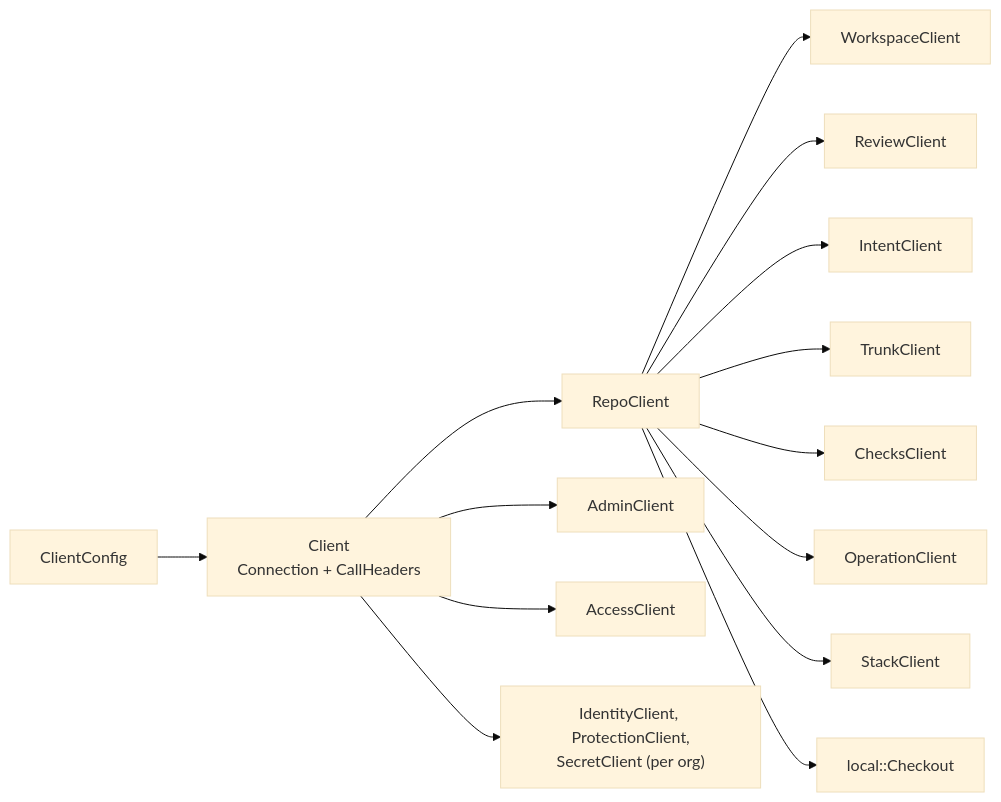
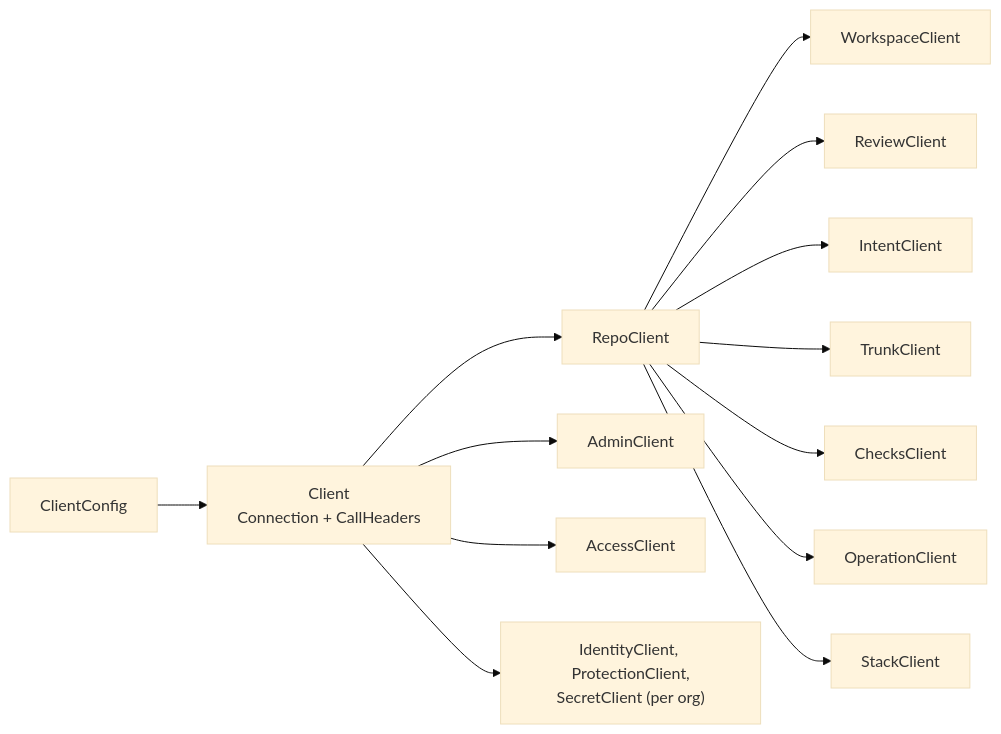
The first of 2 diagrams in architecture/08-clients/sdk.md (envoy1084/rill), drawn with Mermaid (base theme) before and after one commit. The commit also changed other lines of this file and 64 other files, not shown here.

````diff
--- a/architecture/08-clients/sdk.md
+++ b/architecture/08-clients/sdk.md
@@ -10,16 +10,15 @@
 ```mermaid
 flowchart LR
     Cfg[ClientConfig] --> Cl[Client<br/>Connection + CallHeaders]
     Cl --> Repo[RepoClient]
     Cl --> Admin[AdminClient]
     Cl --> Access[AccessClient]
     Cl --> Id["IdentityClient, ProtectionClient,<br/>SecretClient (per org)"]
     Repo --> WS[WorkspaceClient]
     Repo --> Rv[ReviewClient]
     Repo --> In[IntentClient]
     Repo --> La[TrunkClient]
     Repo --> Ck[ChecksClient]
     Repo --> Op[OperationClient]
     Repo --> St[StackClient]
-    Repo --> Co[local::Checkout]
 ```
````
